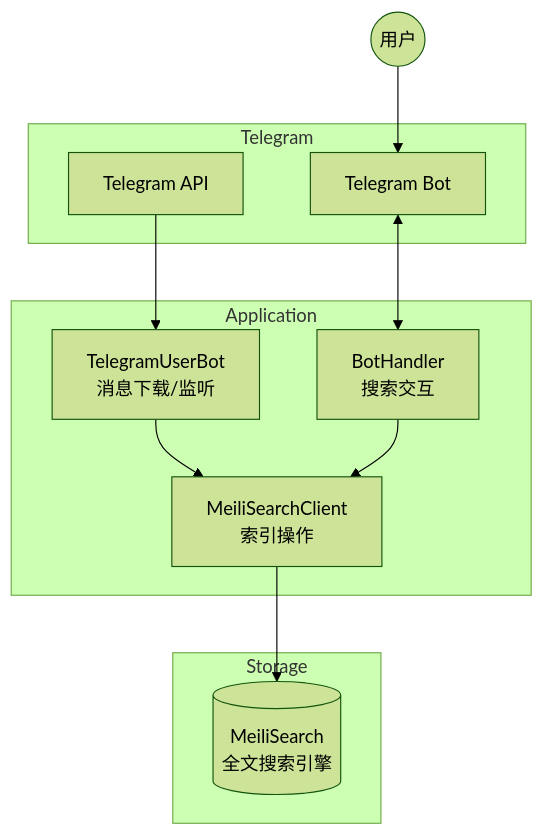
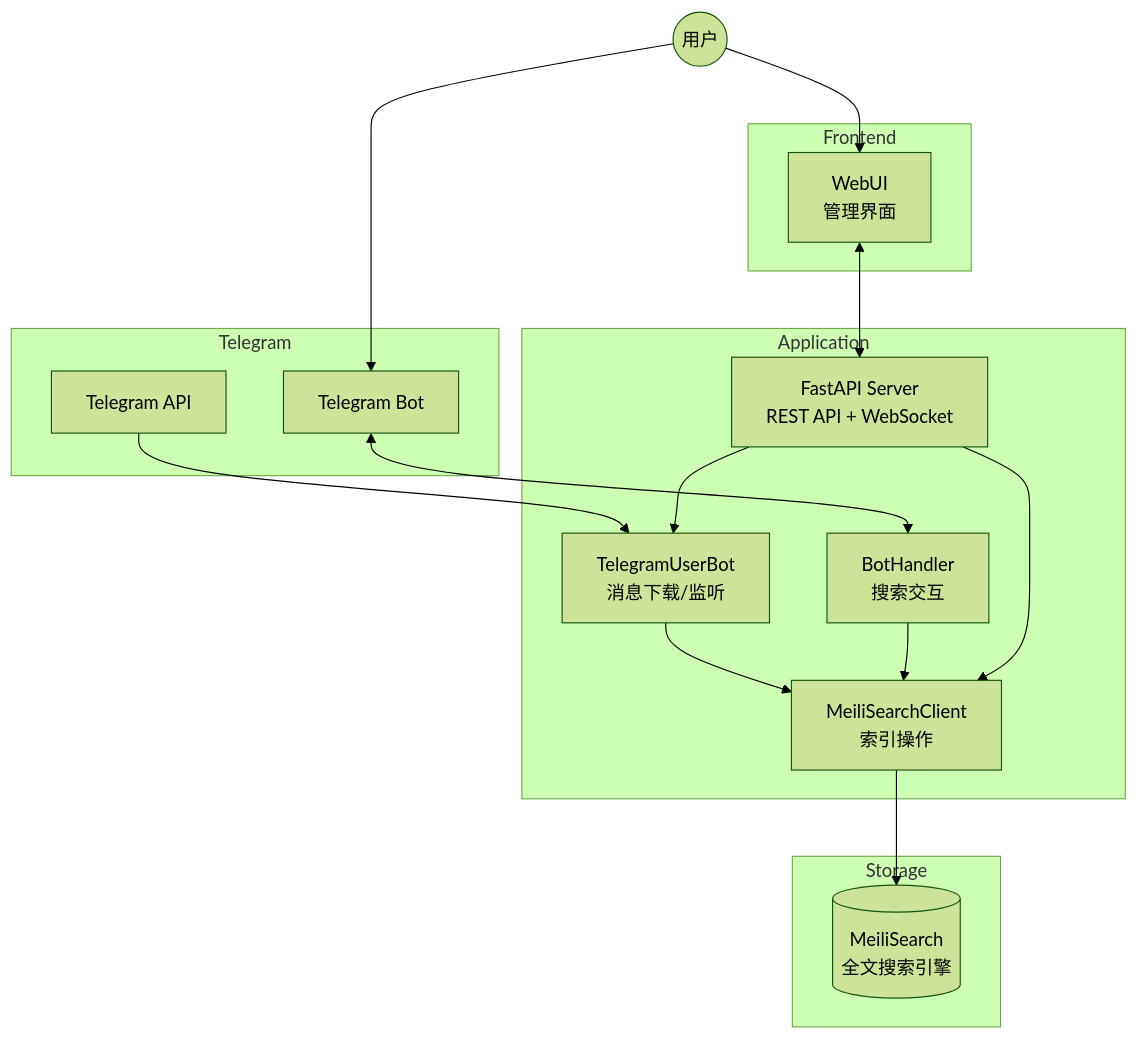
The first of 2 diagrams in CLAUDE.md (clionertr/Meilisearch4TelegramSearchCKJ), drawn with Mermaid (forest theme) before and after one commit. The commit also changed other lines of this file and 3 other files, not shown here.

First line of the commit message:
feat(api): add FastAPI REST API and WebSocket module with comprehensive documentation

````diff
--- a/CLAUDE.md
+++ b/CLAUDE.md
@@ -34,25 +42,34 @@
 ```mermaid
 graph TB
     subgraph Telegram
         TG_API[Telegram API]
         TG_BOT[Telegram Bot]
     end
 
     subgraph Application
         UC[TelegramUserBot<br/>消息下载/监听]
         BH[BotHandler<br/>搜索交互]
         MH[MeiliSearchClient<br/>索引操作]
+        API[FastAPI Server<br/>REST API + WebSocket]
     end
 
     subgraph Storage
         MS[(MeiliSearch<br/>全文搜索引擎)]
+    end
+
+    subgraph Frontend
+        WEBUI[WebUI<br/>管理界面]
     end
 
     TG_API --> UC
     UC --> MH
     BH --> MH
     MH --> MS
     TG_BOT <--> BH
+    API --> MH
+    API --> UC
+    WEBUI <--> API
 
     User((用户)) --> TG_BOT
+    User --> WEBUI
 ```
````
